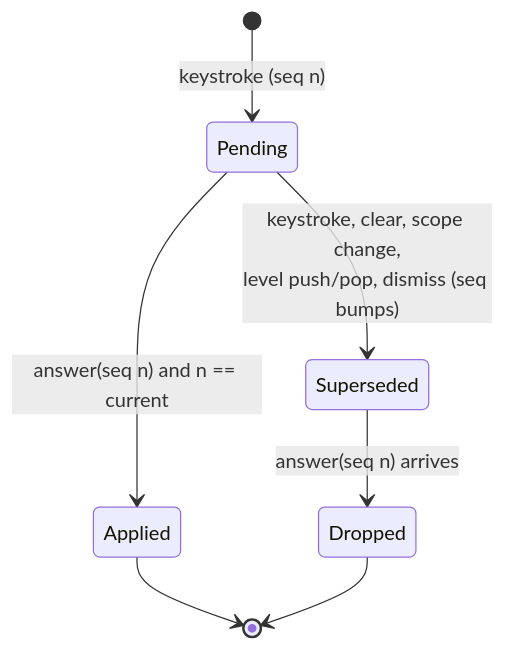
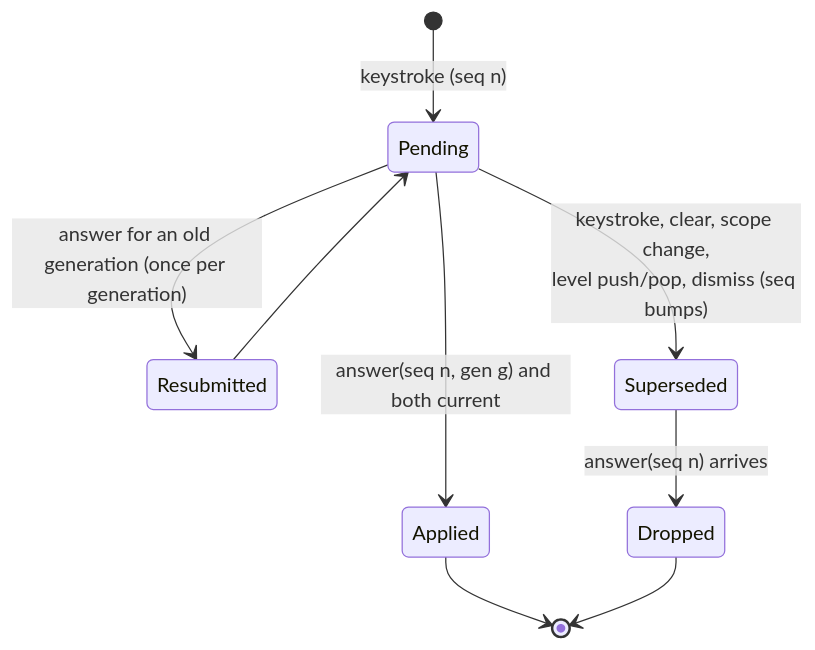
Before and after one commit to ShravanSunder/agentstudio: the fourth of 4 diagrams in docs/specs/2026-09-26-find-search-service/2026-09-26-find-search-service-program-design.md, drawn with Mermaid. The commit also changed other lines of this file and 1 other file, not shown here.

Commit message:
Close Find review round 2: generation-bound requests, declared search fields, one case fold, service grouping

````diff
--- a/docs/specs/2026-09-26-find-search-service/2026-09-26-find-search-service-program-design.md
+++ b/docs/specs/2026-09-26-find-search-service/2026-09-26-find-search-service-program-design.md
@@ -171,9 +203,11 @@
 ```mermaid
 stateDiagram-v2
   [*] --> Pending: keystroke (seq n)
-  Pending --> Applied: answer(seq n) and n == current
+  Pending --> Applied: answer(seq n, gen g) and both current
+  Pending --> Resubmitted: answer for an old generation (once per generation)
+  Resubmitted --> Pending
   Pending --> Superseded: keystroke, clear, scope change,<br/>level push/pop, dismiss (seq bumps)
   Superseded --> Dropped: answer(seq n) arrives
   Applied --> [*]
   Dropped --> [*]
 ```
````
